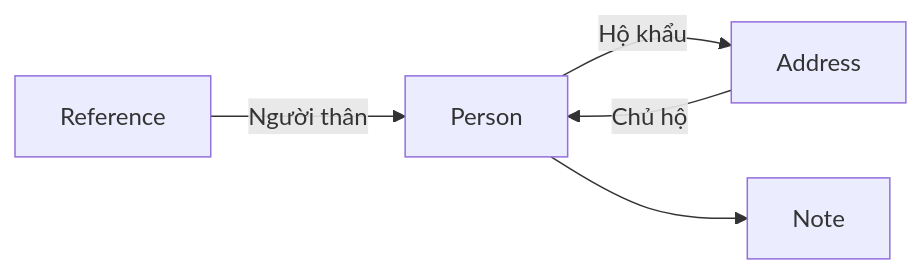
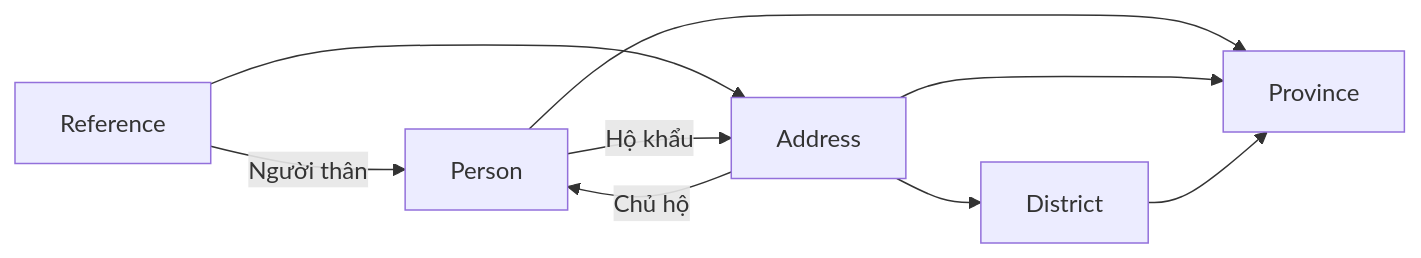
Before and after one commit to CapSuro/passport_firsttime: the third of 3 diagrams in README.md, drawn with Mermaid. The commit also changed other lines of this file and 13 other files, not shown here.

````diff
--- a/README.md
+++ b/README.md
@@ -83,7 +89,11 @@
 ```mermaid
 graph LR
 	Reference -->|Người thân| Person
+	Reference --> Address
 	Person -->|Hộ khẩu| Address
-	Person --> Note
 	Address --> |Chủ hộ|Person
+	Person --> Province
+	Address --> Province
+	Address --> District
+	District --> Province
 ```
````
